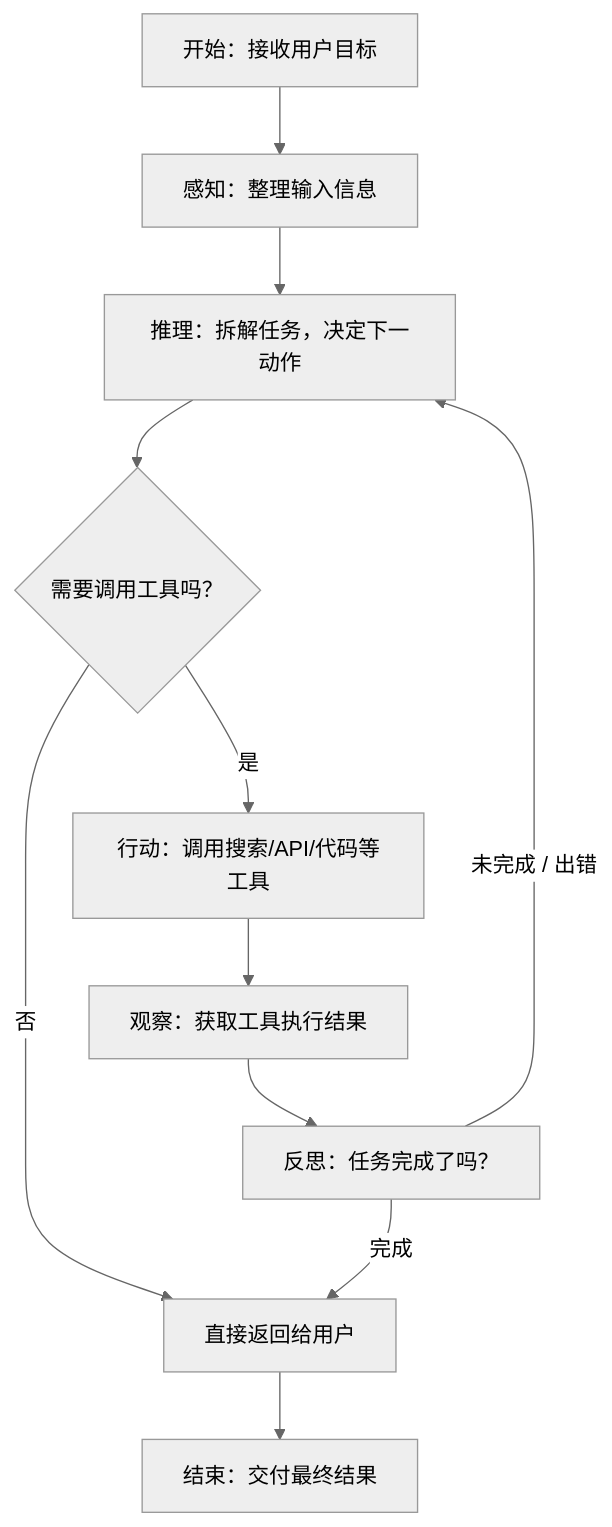
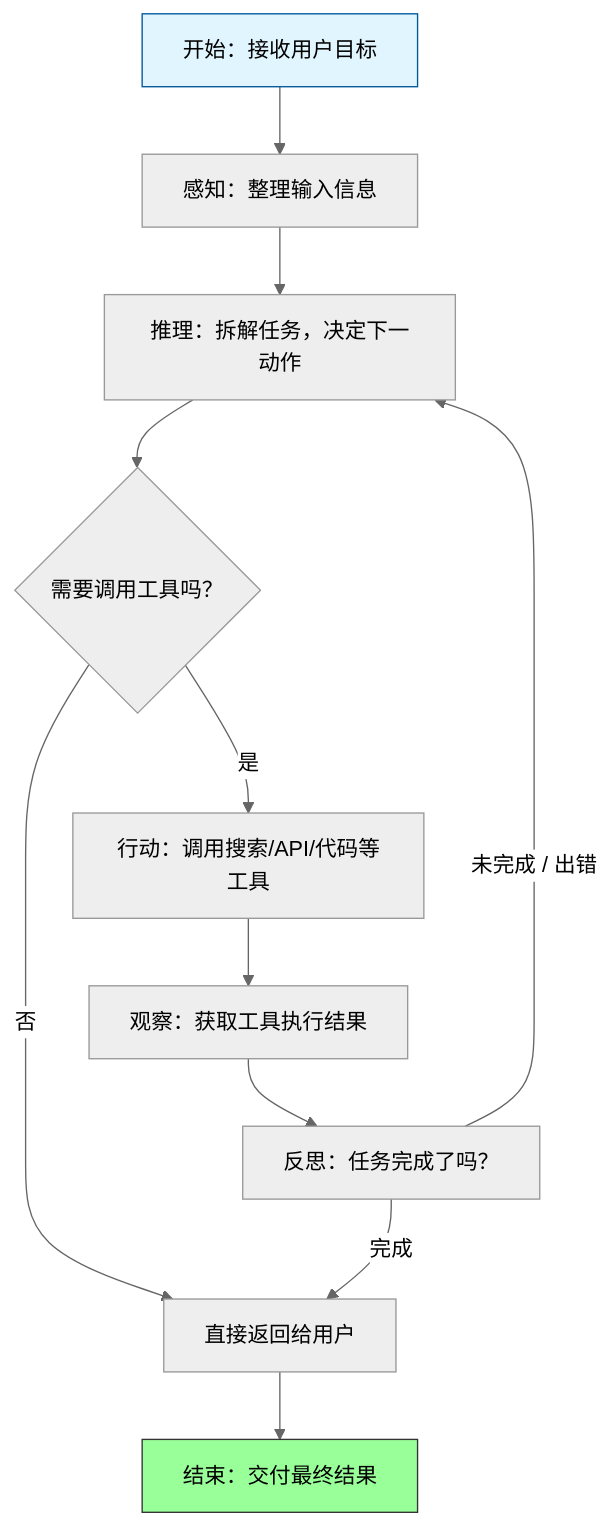
Before and after one commit to wizardforcel/llm-interview-qa-500: the diagram in docs/初识智能体-智能体定义-类型-范式与应用.md, drawn with Mermaid (neutral theme). The commit also changed other lines of this file, not shown here.

````diff
--- a/docs/初识智能体-智能体定义-类型-范式与应用.md
+++ b/docs/初识智能体-智能体定义-类型-范式与应用.md
@@ -546,13 +579,16 @@
 ```mermaid
 flowchart TD
     A[开始：接收用户目标] --> B[感知：整理输入信息]
     B --> C[推理：拆解任务，决定下一动作]
     C --> D{需要调用工具吗？}
     D -- 是 --> E[行动：调用搜索/API/代码等工具]
     D -- 否 --> F[直接返回给用户]
     E --> G[观察：获取工具执行结果]
     G --> H[反思：任务完成了吗？]
     H -- 完成 --> F
     H -- 未完成 / 出错 --> C
     F --> I[结束：交付最终结果]
+    
+    style A fill:#e1f5fe,stroke:#01579b
+    style I fill:#9f9,stroke:#333
 ```
````
